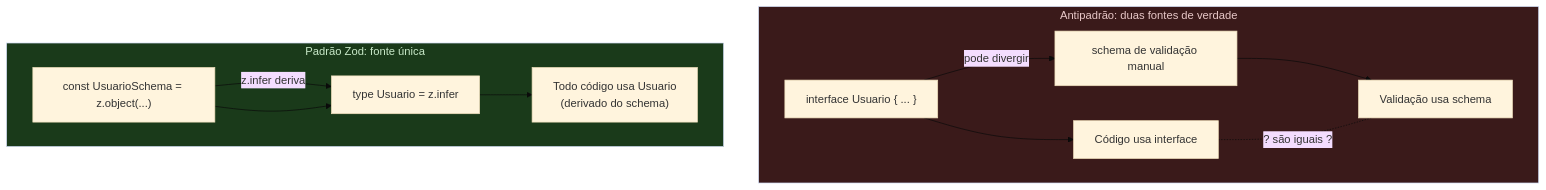
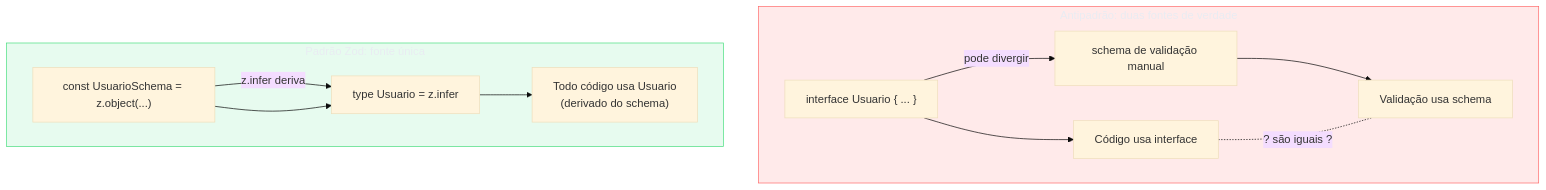
The fourth of 6 diagrams in 03-Dominios/Tecnologia/TypeScript/23 - A fronteira type↔runtime - parse, don't validate.md (josenaldo/codex-technomanticus), drawn with Mermaid (base theme) before and after one commit. The commit also changed other lines of this file and 1181 other files, not shown here.

First line of the commit message:
fix(diagramas): paleta do sistema no lugar de cor cravada no markdown

````diff
--- a/03-Dominios/Tecnologia/TypeScript/23 - A fronteira type↔runtime - parse, don't validate.md
+++ b/03-Dominios/Tecnologia/TypeScript/23 - A fronteira type↔runtime - parse, don't validate.md
@@ -323,24 +327,26 @@
 ```mermaid
 graph TD
+    classDef ok fill:#4ADE8021,stroke:#4ADE80,color:#E9ECF2
+    classDef falha fill:#FF6B6B24,stroke:#FF6B6B,color:#E9ECF2
     subgraph Antipadrão["Antipadrão: duas fontes de verdade"]
         I["interface Usuario { ... }"]
         S["schema de validação manual"]
         U1["Código usa interface"]
         U2["Validação usa schema"]
         I -->|"pode divergir"| S
         I --> U1
         S --> U2
         U1 -.-|"? são iguais ?"| U2
     end
 
     subgraph Padrão["Padrão Zod: fonte única"]
         ZS["const UsuarioSchema = z.object(...)"]
         ZT["type Usuario = z.infer<typeof UsuarioSchema>"]
         ZU["Todo código usa Usuario\n(derivado do schema)"]
         ZS -->|"z.infer deriva"| ZT
         ZS --> ZT --> ZU
     end
 
-    style Padrão fill:#1a3a1a,color:#c8e8c8
-    style Antipadrão fill:#3a1a1a,color:#e8c8c8
+    class Padrão ok
+    class Antipadrão falha
 ```
````
